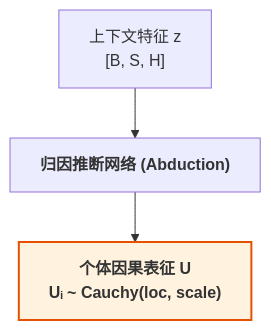
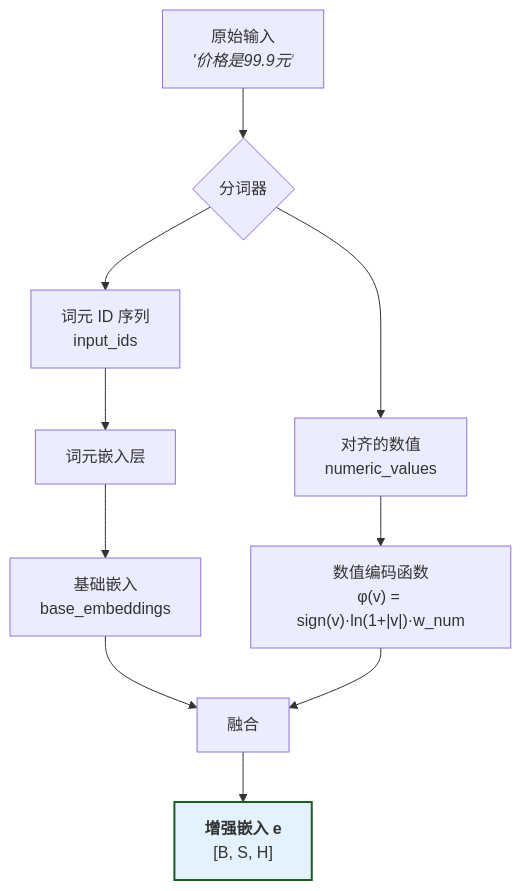
The second of 9 diagrams in docs/mathematical_foundations.md (1587causalai/CausalQwen), drawn with Mermaid before and after one commit. The commit also changed other lines of this file and 1 other file, not shown here.

````diff
--- a/docs/mathematical_foundations.md
+++ b/docs/mathematical_foundations.md
@@ -116,7 +400,16 @@
 ```mermaid
 graph TD
-    A["上下文特征 z<br>[B, S, H]"] --> B["<b>归因推断网络 (Abduction)</b>"];
-    B --> C["<b>个体因果表征 U<br>Uᵢ ~ Cauchy(loc, scale)</b>"];
+    A["原始输入<br><i>'价格是99.9元'</i>"] --> B{"分词器"};
+    B --> C["词元 ID 序列<br>input_ids"];
+    B --> D["对齐的数值<br>numeric_values"];
+    
+    C --> E["词元嵌入层"];
+    E --> F["基础嵌入<br>base_embeddings"];
+    
+    D --> G["数值编码函数<br>φ(v) = sign(v)·ln(1+|v|)·w_num"];
+    
+    F & G --> H["融合"];
+    H --> I["<b>增强嵌入 e</b><br>[B, S, H]"];
 
-    style C fill:#fff3e0,stroke:#e65100,stroke-width:2px
+    style I fill:#e3f2fd,stroke:#1b5e20,stroke-width:2px
 ```
````
